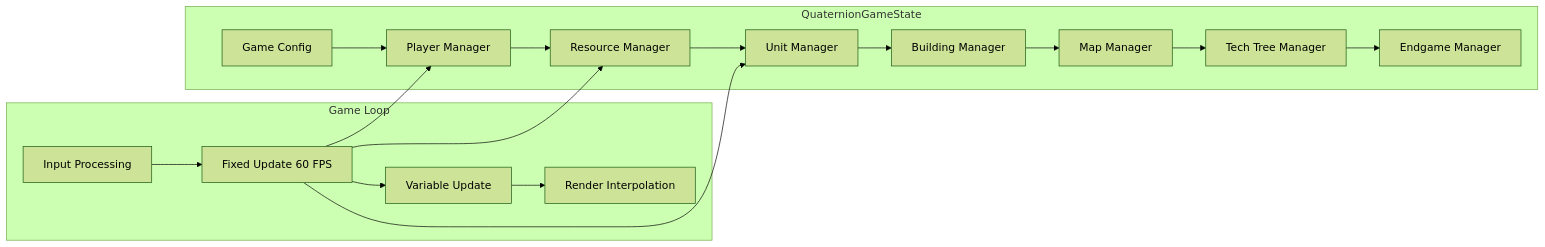
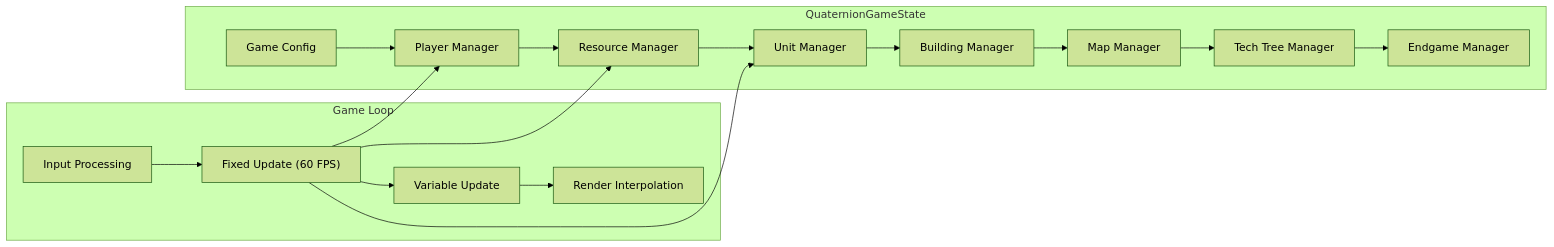
One commit to lucylow/quaternion changed the second of 16 diagrams in README.md. Above: the diagram before and after it, drawn with Mermaid (forest theme). The commit also changed other lines of this file and 3 other files, not shown here.

````diff
--- a/README.md
+++ b/README.md
@@ -181,35 +186,35 @@
 ```mermaid
 graph LR
     subgraph "QuaternionGameState"
-        Config[Game Config]
-        Players[Player Manager]
-        Resources[Resource Manager]
-        Units[Unit Manager]
-        Buildings[Building Manager]
-        Map[Map Manager]
-        Tech[Tech Tree Manager]
-        Endgame[Endgame Manager]
+        Config["Game Config"]
+        Players["Player Manager"]
+        Resources["Resource Manager"]
+        Units["Unit Manager"]
+        Buildings["Building Manager"]
+        Map["Map Manager"]
+        Tech["Tech Tree Manager"]
+        Endgame["Endgame Manager"]
     end
     
     subgraph "Game Loop"
-        Input[Input Processing]
-        Fixed[Fixed Update 60 FPS]
-        Variable[Variable Update]
-        Render[Render Interpolation]
+        Input["Input Processing"]
+        Fixed["Fixed Update (60 FPS)"]
+        Variable["Variable Update"]
+        Render["Render Interpolation"]
     end
     
     Config --> Players
     Players --> Resources
     Resources --> Units
     Units --> Buildings
     Buildings --> Map
     Map --> Tech
     Tech --> Endgame
     
     Input --> Fixed
     Fixed --> Variable
     Variable --> Render
     Fixed --> Players
     Fixed --> Resources
     Fixed --> Units
 ```
````
